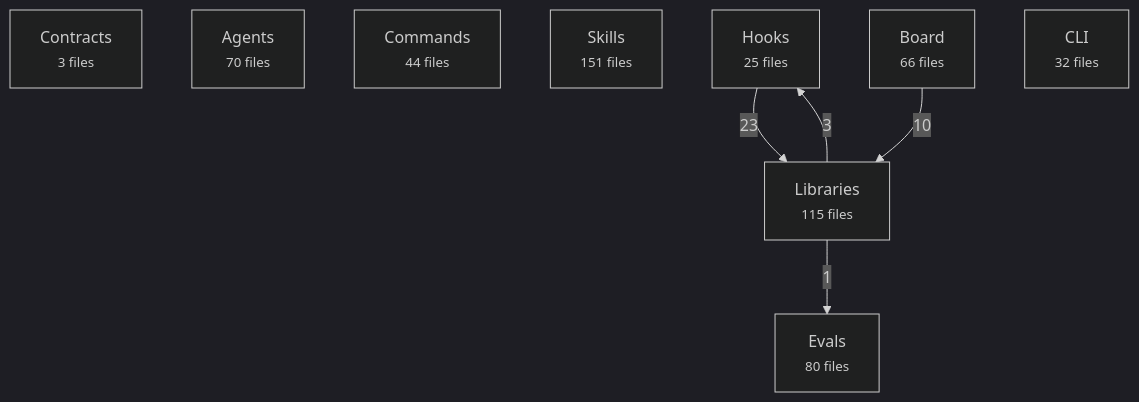
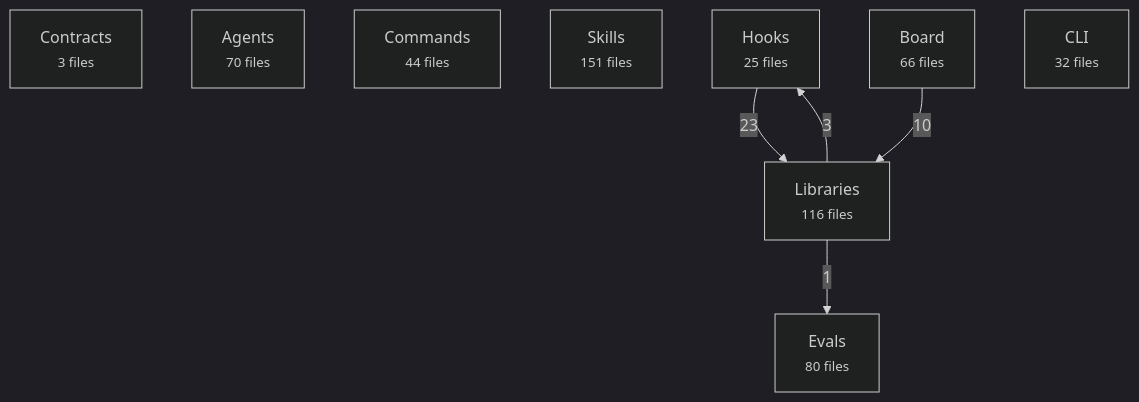
The first of 2 diagrams in docs/reference/architecture-map.md (avelikiy/great_cto), drawn with Mermaid (dark theme) before and after one commit. The commit also changed other lines of this file and 3 other files, not shown here.

````diff
--- a/docs/reference/architecture-map.md
+++ b/docs/reference/architecture-map.md
@@ -20,16 +20,16 @@
 ```mermaid
 flowchart TD
   contracts["Contracts<br/><small>3 files</small>"]
   agents["Agents<br/><small>70 files</small>"]
   commands["Commands<br/><small>44 files</small>"]
   skills["Skills<br/><small>151 files</small>"]
   hooks["Hooks<br/><small>25 files</small>"]
-  libs["Libraries<br/><small>115 files</small>"]
+  libs["Libraries<br/><small>116 files</small>"]
   board["Board<br/><small>66 files</small>"]
   cli["CLI<br/><small>32 files</small>"]
   evals["Evals<br/><small>80 files</small>"]
   hooks -->|23| libs
   board -->|10| libs
   libs -->|3| hooks
   libs -->|1| evals
 ```
````
